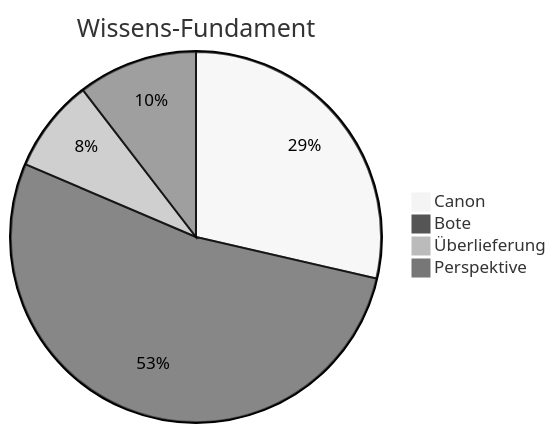
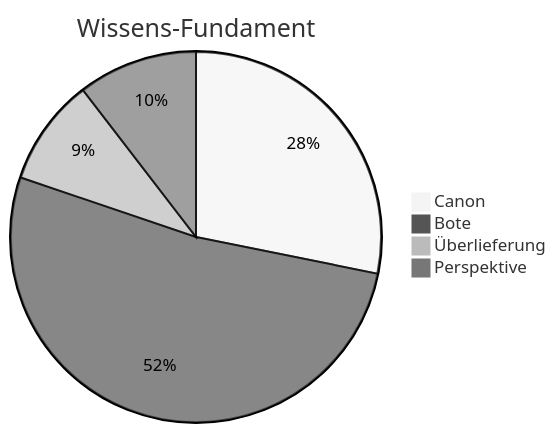
One commit to Siebenwind/7w_wiki changed the third of 4 diagrams in Siebenwind_Wiki/10_Archiv/Wiki_Statistiken.md. Above: the diagram before and after it, drawn with Mermaid (neutral theme). The commit also changed other lines of this file and 49 other files, not shown here.

````diff
--- a/Siebenwind_Wiki/10_Archiv/Wiki_Statistiken.md
+++ b/Siebenwind_Wiki/10_Archiv/Wiki_Statistiken.md
@@ -45,7 +45,7 @@
 ```mermaid
 pie title Wissens-Fundament
     "Canon" : 548
     "Bote" : 1012
-    "Überlieferung" : 156
-    "Perspektive" : 200
+    "Überlieferung" : 182
+    "Perspektive" : 203
 ```
````
